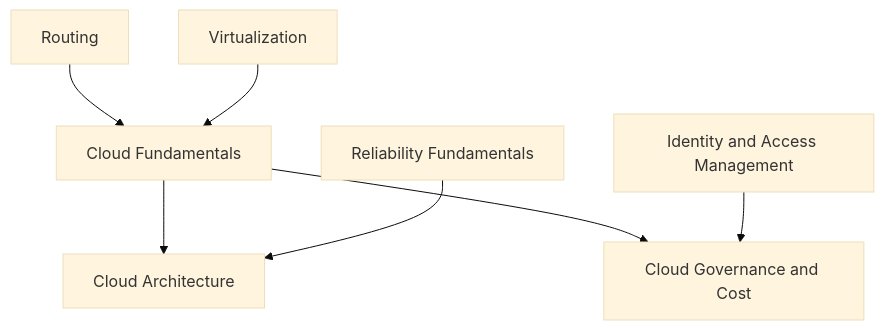
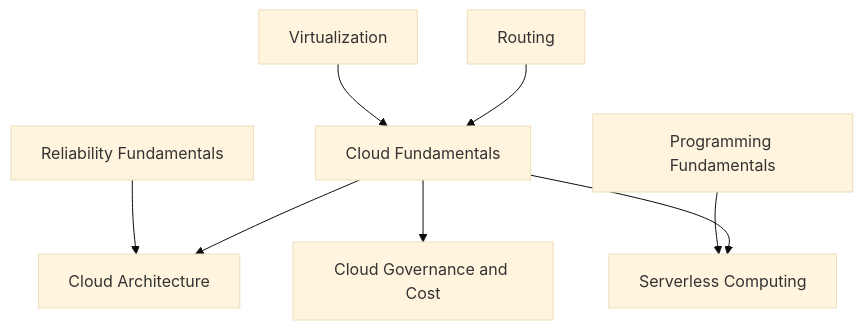
Before and after one commit to ro121/start-here: the diagram in 10-cloud/README.md, drawn with Mermaid (base theme). The commit also changed other lines of this file and 31 other files, not shown here.

Commit message:
Integrate six roadmap.sh references and fill curriculum gaps

````diff
--- a/10-cloud/README.md
+++ b/10-cloud/README.md
@@ -56,16 +66,18 @@
 ```mermaid
 flowchart TD
     n0["Cloud Fundamentals"]
     n1["Cloud Architecture"]
-    n2["Cloud Governance and Cost"]
-    n3["Routing"]
-    n4["Virtualization"]
-    n5["Reliability Fundamentals"]
-    n6["Identity and Access Management"]
+    n2["Serverless Computing"]
+    n3["Cloud Governance and Cost"]
+    n4["Routing"]
+    n5["Virtualization"]
+    n6["Reliability Fundamentals"]
+    n7["Programming Fundamentals"]
     n0 --> n1
     n0 --> n2
-    n3 --> n0
+    n0 --> n3
     n4 --> n0
-    n5 --> n1
-    n6 --> n2
+    n5 --> n0
+    n6 --> n1
+    n7 --> n2
 ```
````
